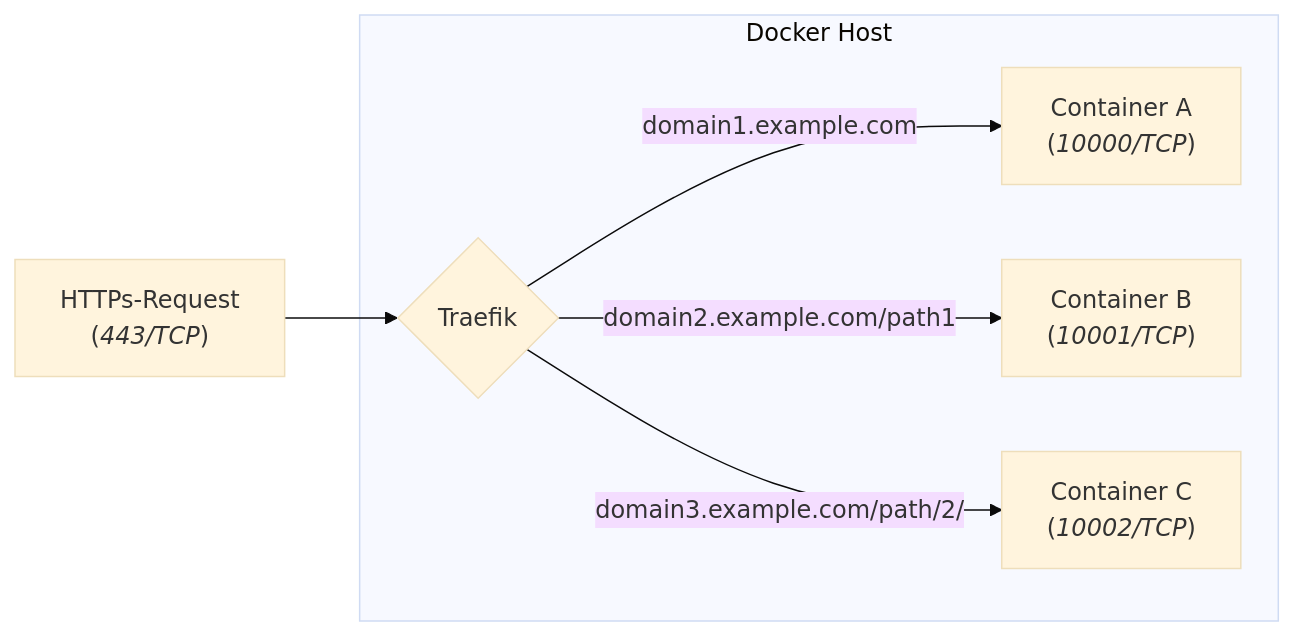
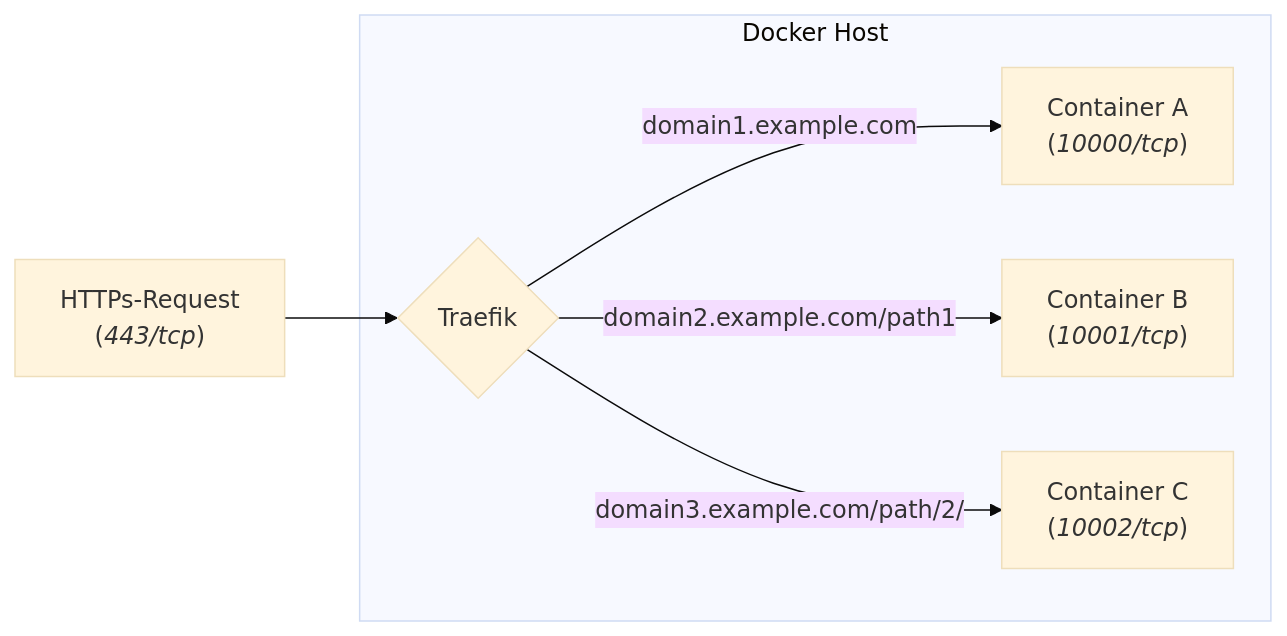
The diagram in _posts/2022-08-27-https-reverse-proxy-with-docker-traefik-and-lets-encrypt.md (jnidzwetzki/jnidzwetzki.github.io), drawn with Mermaid (base theme) before and after one commit. The commit also changed other lines of this file, not shown here.

Commit message:
Unify spelling

```diff
--- a/_posts/2022-08-27-https-reverse-proxy-with-docker-traefik-and-lets-encrypt.md
+++ b/_posts/2022-08-27-https-reverse-proxy-with-docker-traefik-and-lets-encrypt.md
@@ -24,9 +24,9 @@
 <div class="mermaid">
 flowchart LR
-    A["HTTPs-Request\n(<i>443/TCP</i>)"] --> C{Traefik}
+    A["HTTPs-Request\n(<i>443/tcp</i>)"] --> C{Traefik}
     subgraph Docker Host
-    C -->|domain1.example.com| D["Container A\n(<i>10000/TCP</i>)"]
-    C -->|domain2.example.com/path1| E["Container B\n(<i>10001/TCP</i>)"]
-    C -->|domain3.example.com/path/2/| F["Container C\n(<i>10002/TCP</i>)"]
+    C -->|domain1.example.com| D["Container A\n(<i>10000/tcp</i>)"]
+    C -->|domain2.example.com/path1| E["Container B\n(<i>10001/tcp</i>)"]
+    C -->|domain3.example.com/path/2/| F["Container C\n(<i>10002/tcp</i>)"]
     end
 </div>
```
